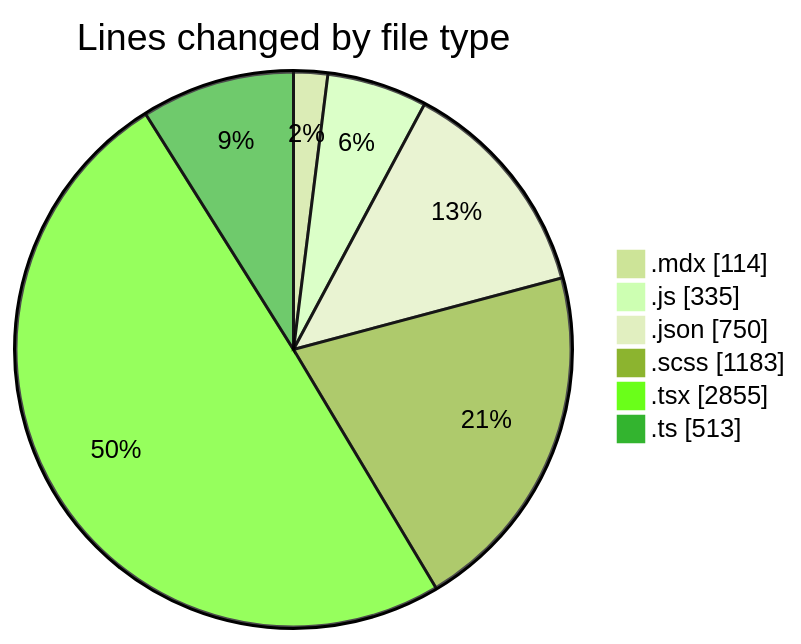
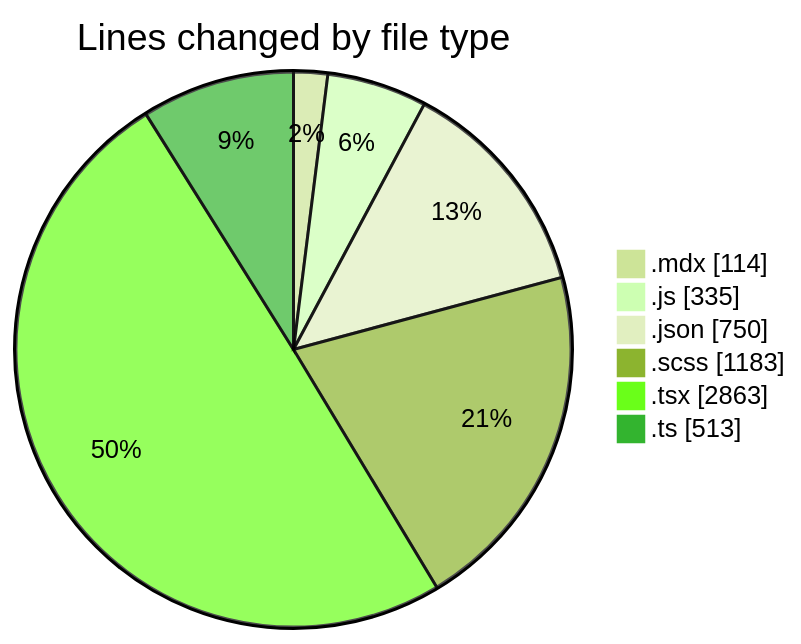
The first of 2 diagrams in 2026-08-13/cda/README.md (momahboobian/code-tracking), drawn with Mermaid (forest theme) before and after one commit. The commit also changed other lines of this file and 1 other file, not shown here.

````diff
--- a/2026-08-13/cda/README.md
+++ b/2026-08-13/cda/README.md
@@ -46,10 +46,10 @@
 ```mermaid
 pie showData
 title Lines changed by file type
 ".mdx" : 114
 ".js" : 335
 ".json" : 750
 ".scss" : 1183
-".tsx" : 2855
+".tsx" : 2863
 ".ts" : 513
 ```
````
